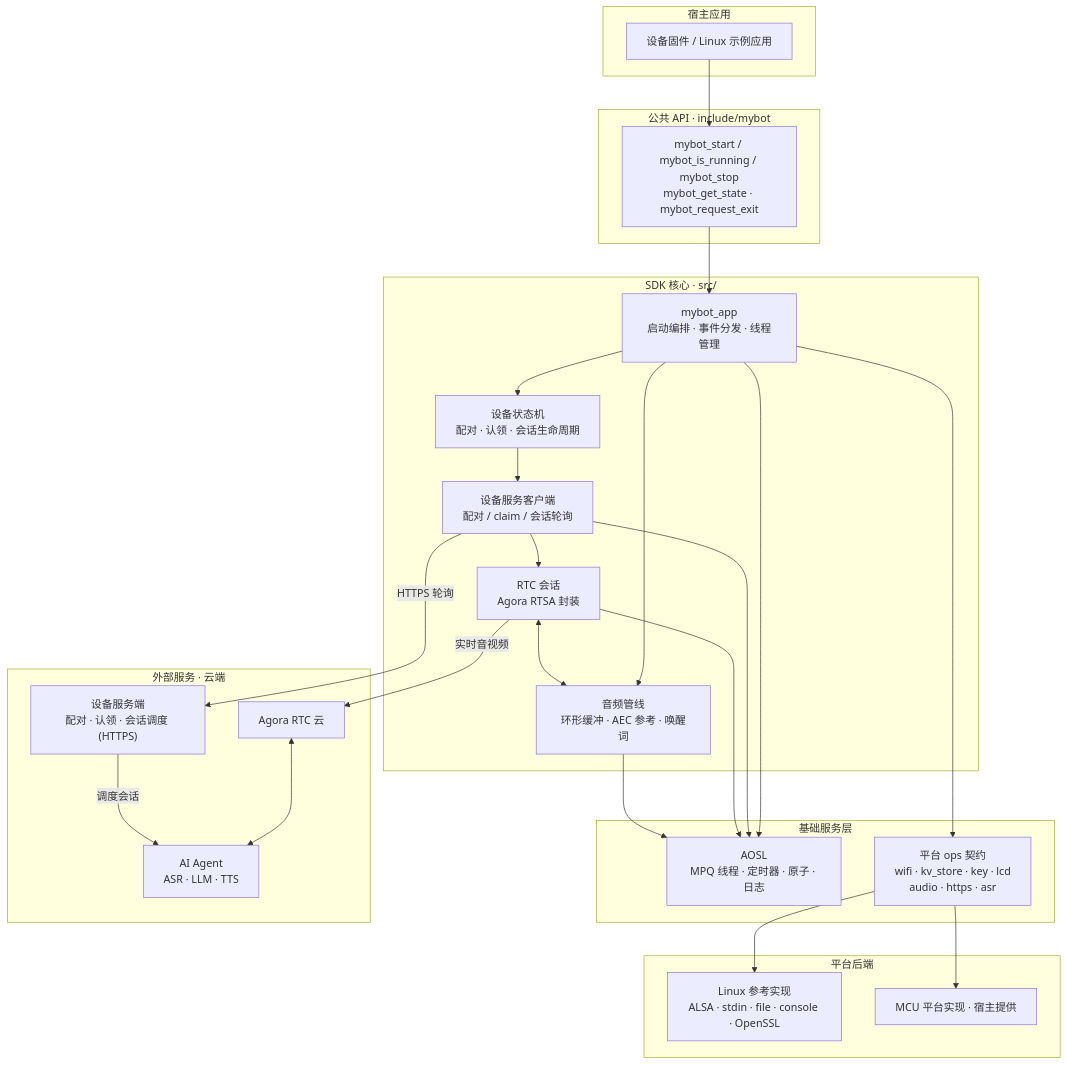
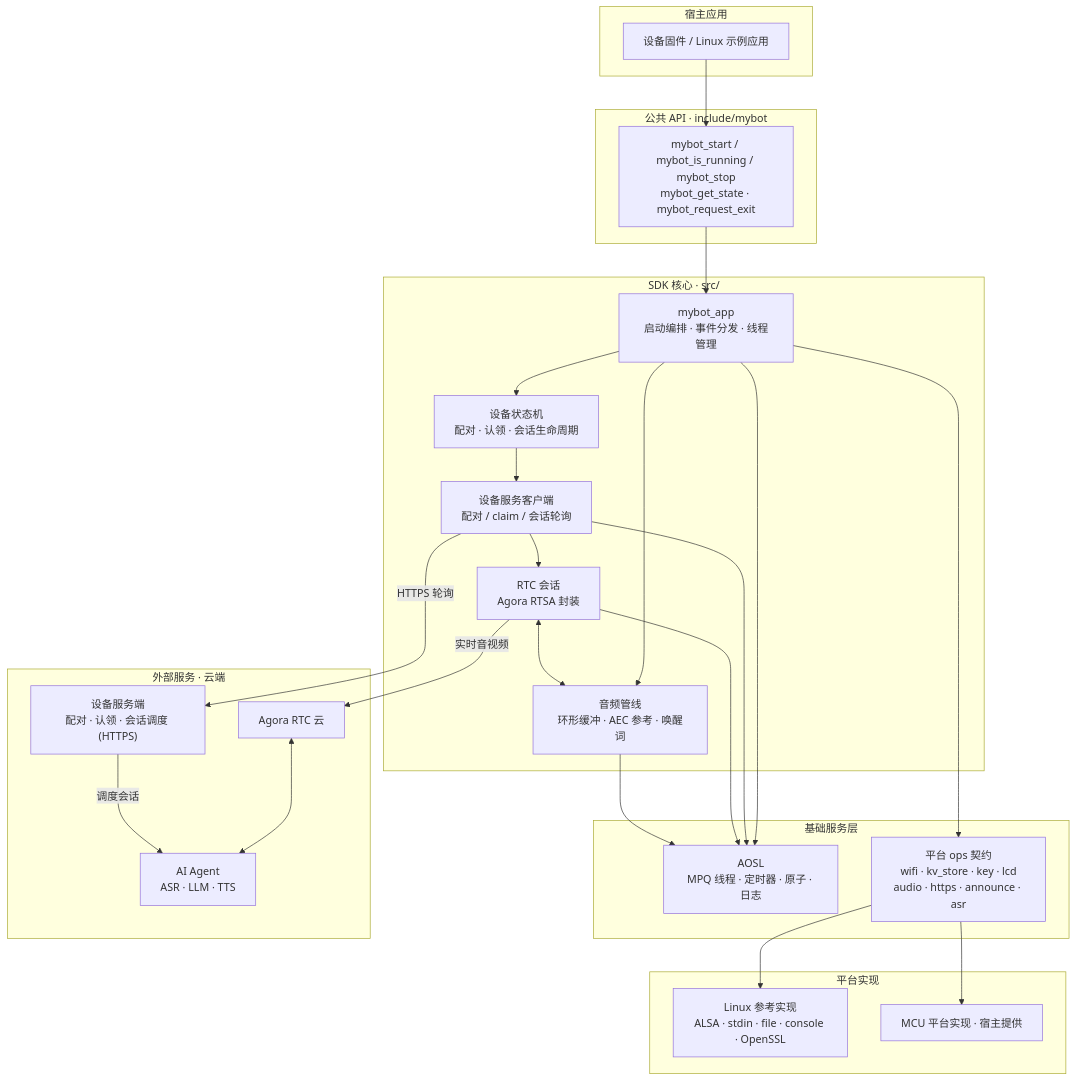
Before and after one commit to junlon2006/mybot: the second of 4 diagrams in README.zh-CN.md, drawn with Mermaid. The commit also changed other lines of this file and 18 other files, not shown here.

````diff
--- a/README.zh-CN.md
+++ b/README.zh-CN.md
@@ -219,53 +219,53 @@
 ```mermaid
 flowchart TB
     subgraph host["宿主应用"]
         host_app["设备固件 / Linux 示例应用"]
     end
 
     subgraph api["公共 API · include/mybot"]
         api_h["mybot_start / mybot_is_running / mybot_stop<br/>mybot_get_state · mybot_request_exit"]
     end
 
     subgraph core["SDK 核心 · src/"]
         app_c["mybot_app<br/>启动编排 · 事件分发 · 线程管理"]
         state_m["设备状态机<br/>配对 · 认领 · 会话生命周期"]
         svc_c["设备服务客户端<br/>配对 / claim / 会话轮询"]
         rtc_c["RTC 会话<br/>Agora RTSA 封装"]
         media_c["音频管线<br/>环形缓冲 · AEC 参考 · 唤醒词"]
     end
 
     subgraph infra["基础服务层"]
         aosl["AOSL<br/>MPQ 线程 · 定时器 · 原子 · 日志"]
-        ops["平台 ops 契约<br/>wifi · kv_store · key · lcd<br/>audio · https · asr"]
+        ops["平台 ops 契约<br/>wifi · kv_store · key · lcd<br/>audio · https · announce · asr"]
     end
 
-    subgraph plat["平台后端"]
+    subgraph plat["平台实现"]
         linux_b["Linux 参考实现<br/>ALSA · stdin · file · console · OpenSSL"]
         mcu_b["MCU 平台实现 · 宿主提供"]
     end
 
     subgraph ext["外部服务 · 云端"]
         svc_e["设备服务端<br/>配对 · 认领 · 会话调度 (HTTPS)"]
         agora_e["Agora RTC 云"]
         agent_e["AI Agent<br/>ASR · LLM · TTS"]
     end
 
     host_app --> api_h
     api_h --> app_c
     app_c --> state_m
     app_c --> media_c
     state_m --> svc_c
     svc_c --> rtc_c
     rtc_c <--> media_c
     app_c --> aosl
     app_c --> ops
     svc_c --> aosl
     rtc_c --> aosl
     media_c --> aosl
     ops --> linux_b
     ops --> mcu_b
     svc_c -->|HTTPS 轮询| svc_e
     rtc_c -->|实时音视频| agora_e
     agora_e <--> agent_e
     svc_e -->|调度会话| agent_e
 ```
````
